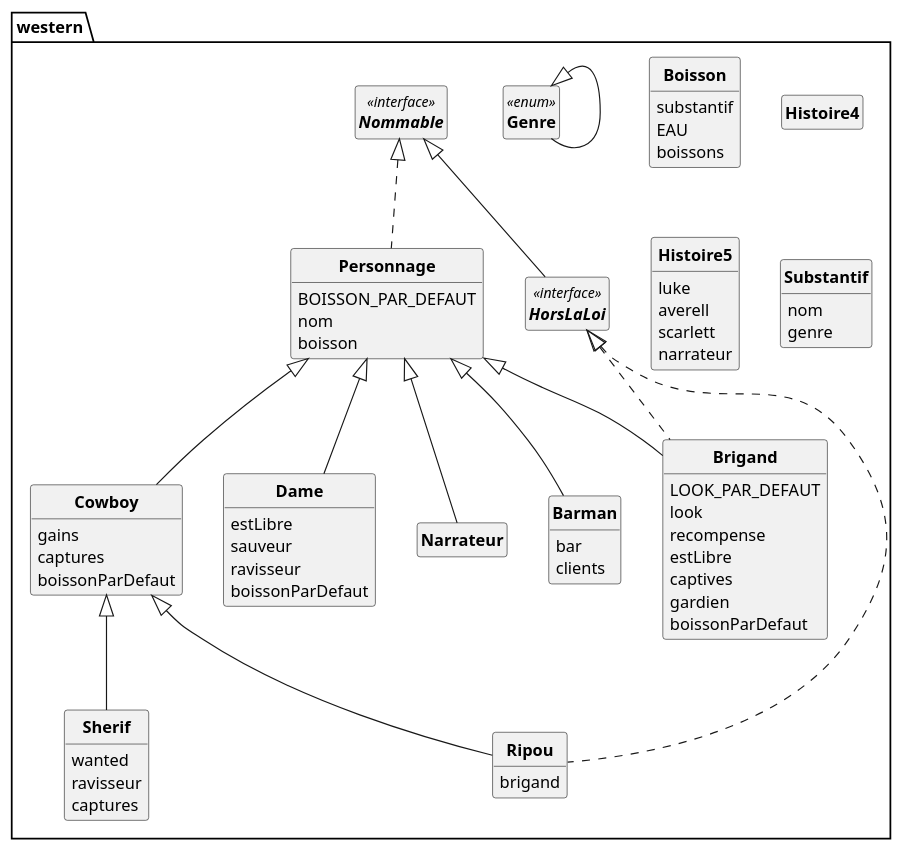
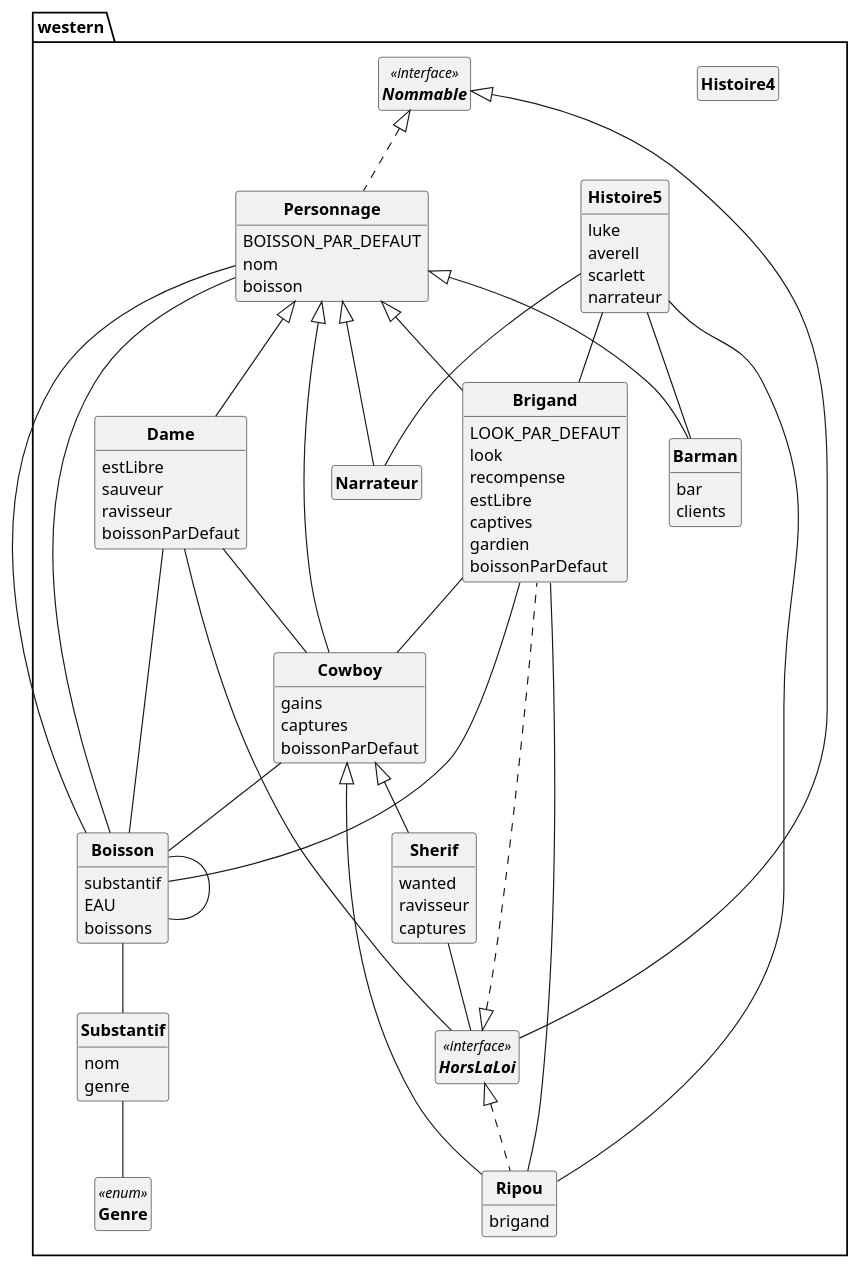
The diagram in pumlCode.puml (D3B1RUM4N/PumlFromJava), drawn with PlantUML before and after one commit. The commit also changed 12 other files, not shown here.

```diff
--- a/pumlCode.puml
+++ b/pumlCode.puml
@@ -1,105 +1,122 @@
 @startuml
 
 'UML GENERE PAR CODE :)
 
 skinparam style strictuml
 skinparam classAttributeIconSize 0
 skinparam classFontStyle Bold
 hide empty members
 
 PACKAGE western{
-	CLASS Barman  extends western.Personnage {
+	CLASS Barman  extends Personnage {
 		bar
 		clients
 	}
 
 
 	CLASS Boisson  {
 		substantif
 		EAU
 		boissons
 	}
+Boisson -- Substantif
+Boisson -- Boisson
 
 
-	CLASS Brigand  extends western.Personnage implements western.HorsLaLoi {
+	CLASS Brigand  extends Personnage implements HorsLaLoi {
 		LOOK_PAR_DEFAUT
 		look
 		recompense
 		estLibre
 		captives
 		gardien
 		boissonParDefaut
 	}
+Brigand -- Cowboy
+Brigand -- Boisson
 
 
-	CLASS Cowboy  extends western.Personnage {
+	CLASS Cowboy  extends Personnage {
 		gains
 		captures
 		boissonParDefaut
 	}
+Cowboy -- Boisson
 
 
-	CLASS Dame  extends western.Personnage {
+	CLASS Dame  extends Personnage {
 		estLibre
 		sauveur
 		ravisseur
 		boissonParDefaut
 	}
+Dame -- Cowboy
+Dame -- HorsLaLoi
+Dame -- Boisson
 
 
-	ENUM Genre<<enum>> extends western.Genre{
+	ENUM Genre<<enum>>{
 
 	}
 
 	CLASS Histoire4  {
 	}
 
 
 	CLASS Histoire5  {
 		luke
 		averell
 		scarlett
 		narrateur
 	}
+Histoire5 -- Barman
+Histoire5 -- Brigand
+Histoire5 -- Ripou
+Histoire5 -- Narrateur
 
 
-	INTERFACE HorsLaLoi <<interface>>  implements western.Nommable{
+	INTERFACE HorsLaLoi <<interface>>  implements Nommable{
 
 	}
 
-	CLASS Narrateur  extends western.Personnage {
+	CLASS Narrateur  extends Personnage {
 	}
 
 
 	INTERFACE Nommable <<interface>> {
 
 	}
 
-	CLASS Personnage  implements western.Nommable {
+	CLASS Personnage  implements Nommable {
 		BOISSON_PAR_DEFAUT
 		nom
 		boisson
 	}
+Personnage -- Boisson
+Personnage -- Boisson
 
 
-	CLASS Ripou  extends western.Cowboy implements western.HorsLaLoi {
+	CLASS Ripou  extends Cowboy implements HorsLaLoi {
 		brigand
 	}
+Ripou -- Brigand
 
 
-	CLASS Sherif  extends western.Cowboy {
+	CLASS Sherif  extends Cowboy {
 		wanted
 		ravisseur
 		captures
 	}
+Sherif -- HorsLaLoi
 
 
 	CLASS Substantif  {
 		nom
 		genre
 	}
+Substantif -- Genre
 
 
 
 }
 @enduml
```
